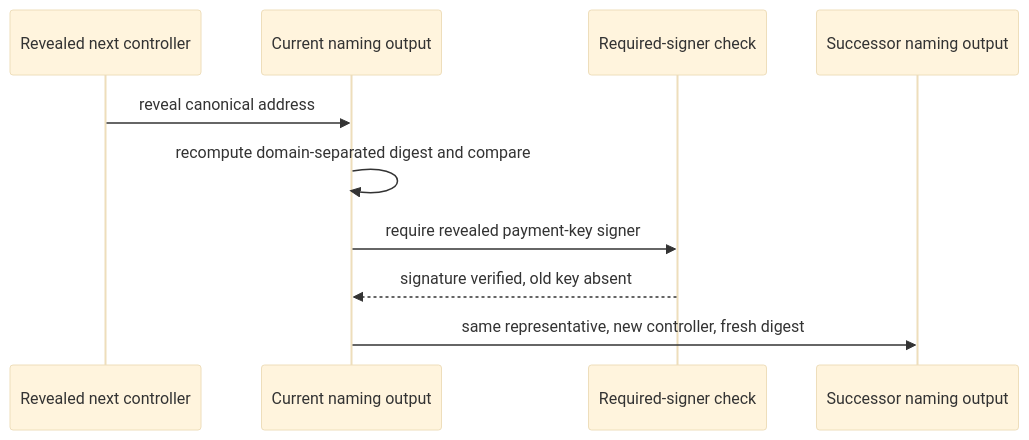
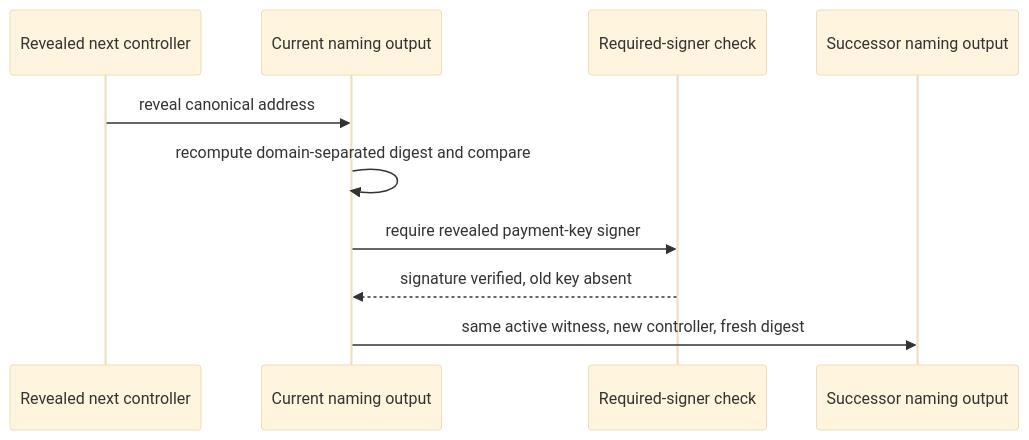
The second of 3 diagrams in docs/recovery-retirement.md (lambdasistemi/singular), drawn with Mermaid (base theme) before and after one commit. The commit also changed other lines of this file and 31 other files, not shown here.

````diff
--- a/docs/recovery-retirement.md
+++ b/docs/recovery-retirement.md
@@ -45,12 +99,12 @@
 ```mermaid
 sequenceDiagram
   participant Next as Revealed next controller
   participant App as Current naming output
   participant Ledger as Required-signer check
   participant Successor as Successor naming output
   Next->>App: reveal canonical address
   App->>App: recompute domain-separated digest and compare
   App->>Ledger: require revealed payment-key signer
   Ledger-->>App: signature verified, old key absent
-  App->>Successor: same representative, new controller, fresh digest
+  App->>Successor: same active witness, new controller, fresh digest
 ```
````
